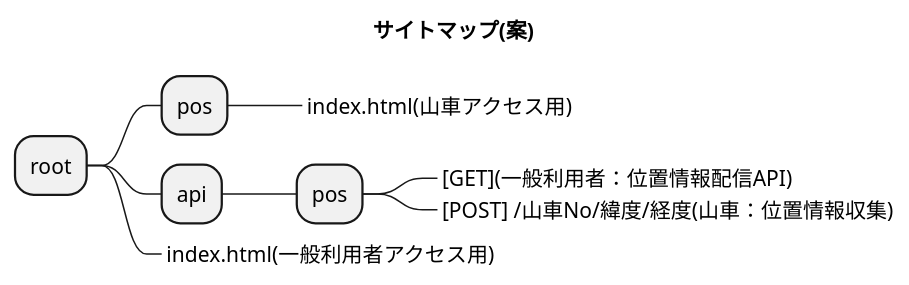
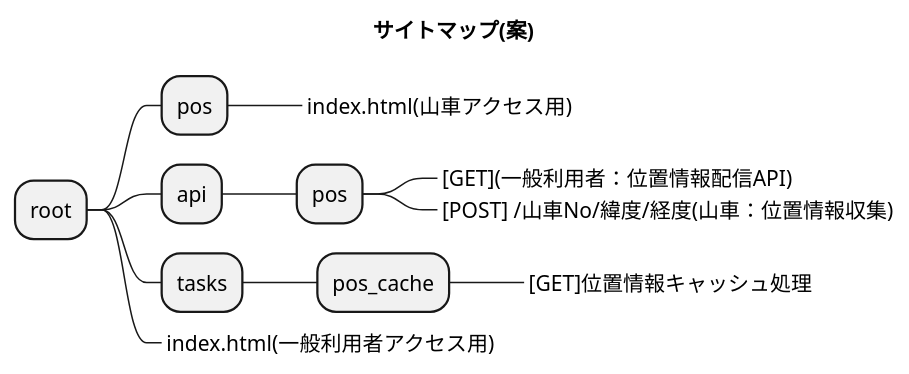
Before and after one commit to shimada-shimasho/gae-sample: the diagram in doc/sitemap.puml, drawn with PlantUML. The commit also changed 7 other files, not shown here.

Commit message:
refs #1 処理関係図作成、他微修正

```diff
--- a/doc/sitemap.puml
+++ b/doc/sitemap.puml
@@ -1,11 +1,14 @@
 @startmindmap sitemap
 title サイトマップ(案)
 * root
 ** pos
 ***_ index.html(山車アクセス用)
 ** api
 *** pos
 ****_ [GET](一般利用者：位置情報配信API)
 ****_ [POST] /山車No/緯度/経度(山車：位置情報収集)
+** tasks
+*** pos_cache
+****_ [GET]位置情報キャッシュ処理
 **_ index.html(一般利用者アクセス用)
 @endmindmap
```
